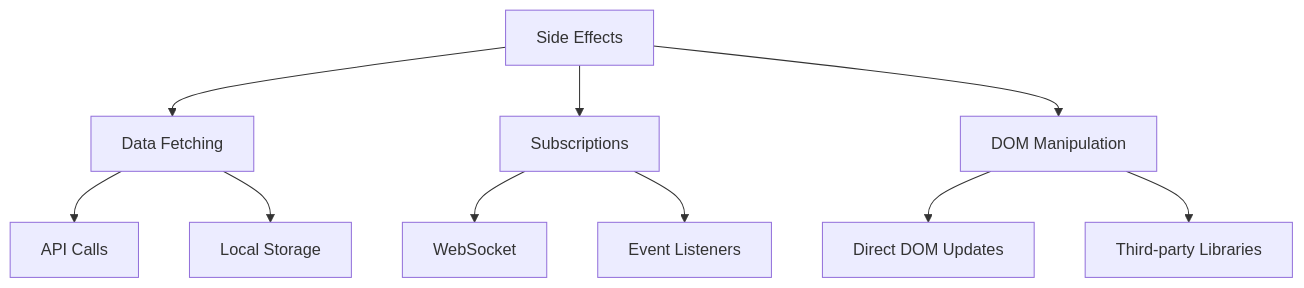
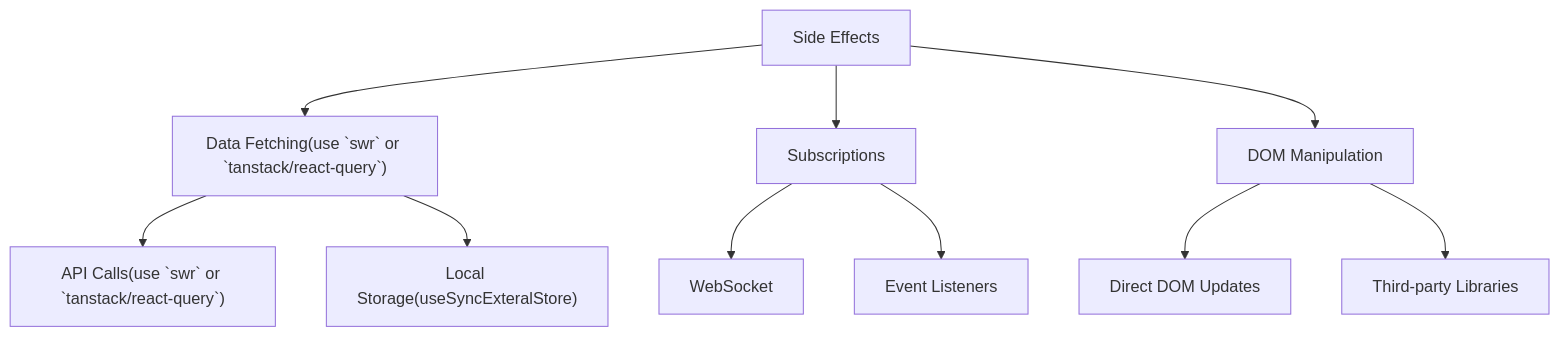
Before and after one commit to Oluwasetemi/react-note: the sixth of 9 diagrams in pages/hooks.md, drawn with Mermaid. The commit also changed other lines of this file and 1 other file, not shown here.

````diff
--- a/pages/hooks.md
+++ b/pages/hooks.md
@@ -454,15 +505,15 @@
 ```mermaid
 graph TD
-    A[Side Effects] --> B[Data Fetching]
-    A --> C[Subscriptions]
-    A --> D[DOM Manipulation]
+  A[Side Effects] --> B["Data Fetching(use `swr` or `tanstack/react-query`)"]
+  A --> C[Subscriptions]
+  A --> D[DOM Manipulation]
 
-    B --> B1[API Calls]
-    B --> B2[Local Storage]
+  B --> B1["API Calls(use `swr` or `tanstack/react-query`)"]
+  B --> B2["Local Storage(useSyncExteralStore)"]
 
-    C --> C1[WebSocket]
-    C --> C2[Event Listeners]
+  C --> C1[WebSocket]
+  C --> C2[Event Listeners]
 
-    D --> D1[Direct DOM Updates]
-    D --> D2[Third-party Libraries]
+  D --> D1[Direct DOM Updates]
+  D --> D2[Third-party Libraries]
 ```
````
